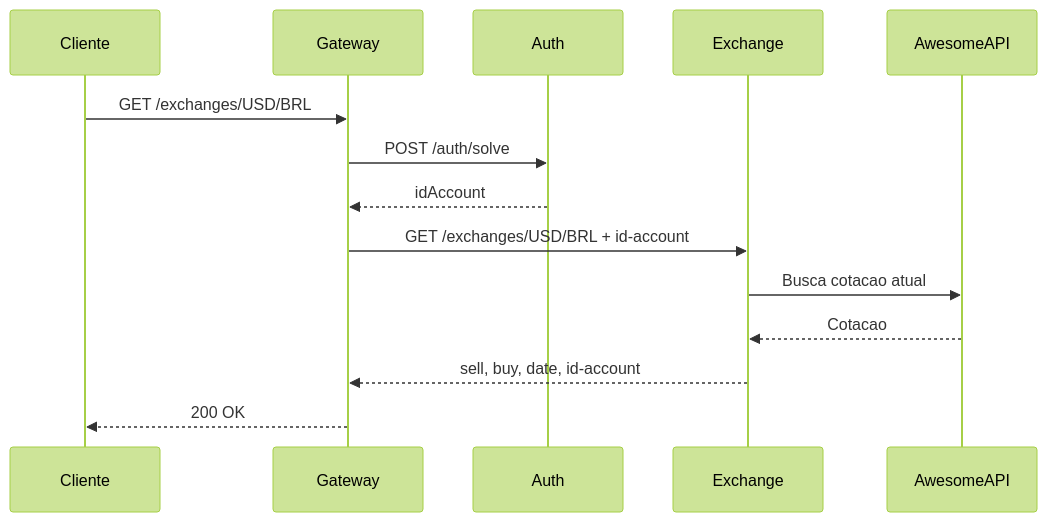
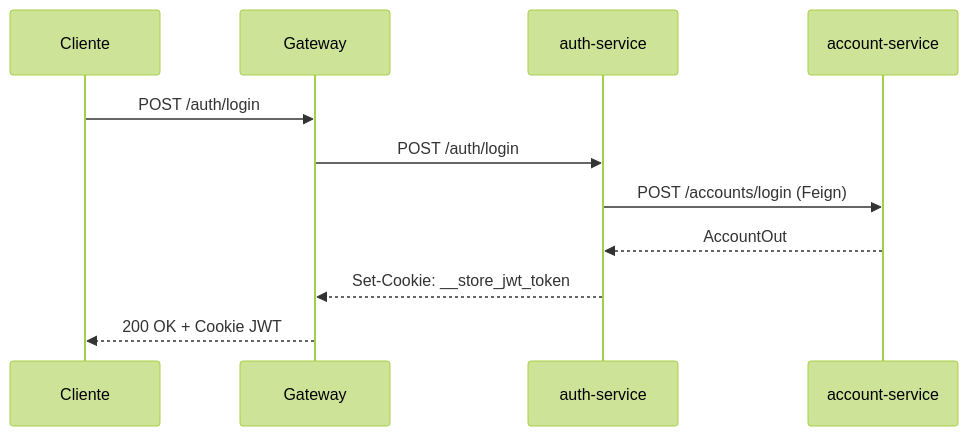
The second of 3 diagrams in docs/architecture.md (projeto-micro/projeto), drawn with Mermaid (forest theme) before and after one commit. The commit also changed other lines of this file, not shown here.

First line of the commit message:
Revise architecture documentation and fix typos

````diff
--- a/docs/architecture.md
+++ b/docs/architecture.md
@@ -39,17 +56,14 @@
 ```mermaid
 sequenceDiagram
     participant C as Cliente
-    participant G as Gateway
-    participant A as Auth
-    participant E as Exchange
-    participant P as AwesomeAPI
+    participant GW as Gateway
+    participant Auth as auth-service
+    participant Acc as account-service
 
-    C->>G: GET /exchanges/USD/BRL
-    G->>A: POST /auth/solve
-    A-->>G: idAccount
-    G->>E: GET /exchanges/USD/BRL + id-account
-    E->>P: Busca cotacao atual
-    P-->>E: Cotacao
-    E-->>G: sell, buy, date, id-account
-    G-->>C: 200 OK
+    C->>GW: POST /auth/login
+    GW->>Auth: POST /auth/login
+    Auth->>Acc: POST /accounts/login (Feign)
+    Acc-->>Auth: AccountOut
+    Auth-->>GW: Set-Cookie: __store_jwt_token
+    GW-->>C: 200 OK + Cookie JWT
 ```
````
